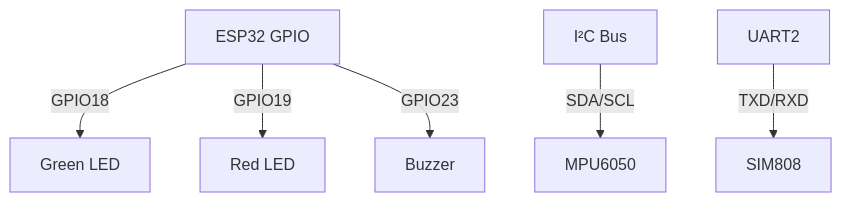
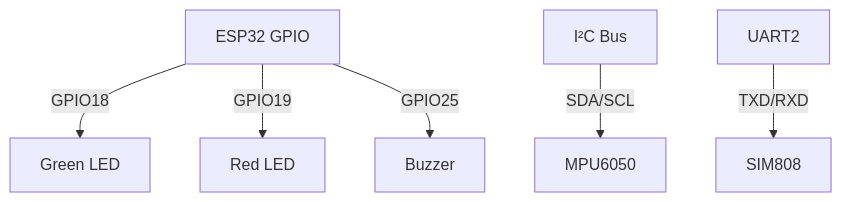
The fourth of 8 diagrams in docs/SYSTEM-ARCHITECTURE.md (qppd/smart-vehicle-impact-detection-device), drawn with Mermaid before and after one commit. The commit also changed 10 other files, not shown here.

````diff
--- a/docs/SYSTEM-ARCHITECTURE.md
+++ b/docs/SYSTEM-ARCHITECTURE.md
@@ -119,12 +119,12 @@
 ```mermaid
 graph TB
     ESP32_GPIO["ESP32 GPIO"]
     I2C["I²C Bus"]
     UART["UART2"]
 
     I2C -- "SDA/SCL" --> MPU6050["MPU6050"]
     UART -- "TXD/RXD" --> SIM808["SIM808"]
     ESP32_GPIO -- "GPIO18" --> GREEN["Green LED"]
     ESP32_GPIO -- "GPIO19" --> RED["Red LED"]
-    ESP32_GPIO -- "GPIO23" --> BUZZ["Buzzer"]
+    ESP32_GPIO -- "GPIO25" --> BUZZ["Buzzer"]
 ```
````
